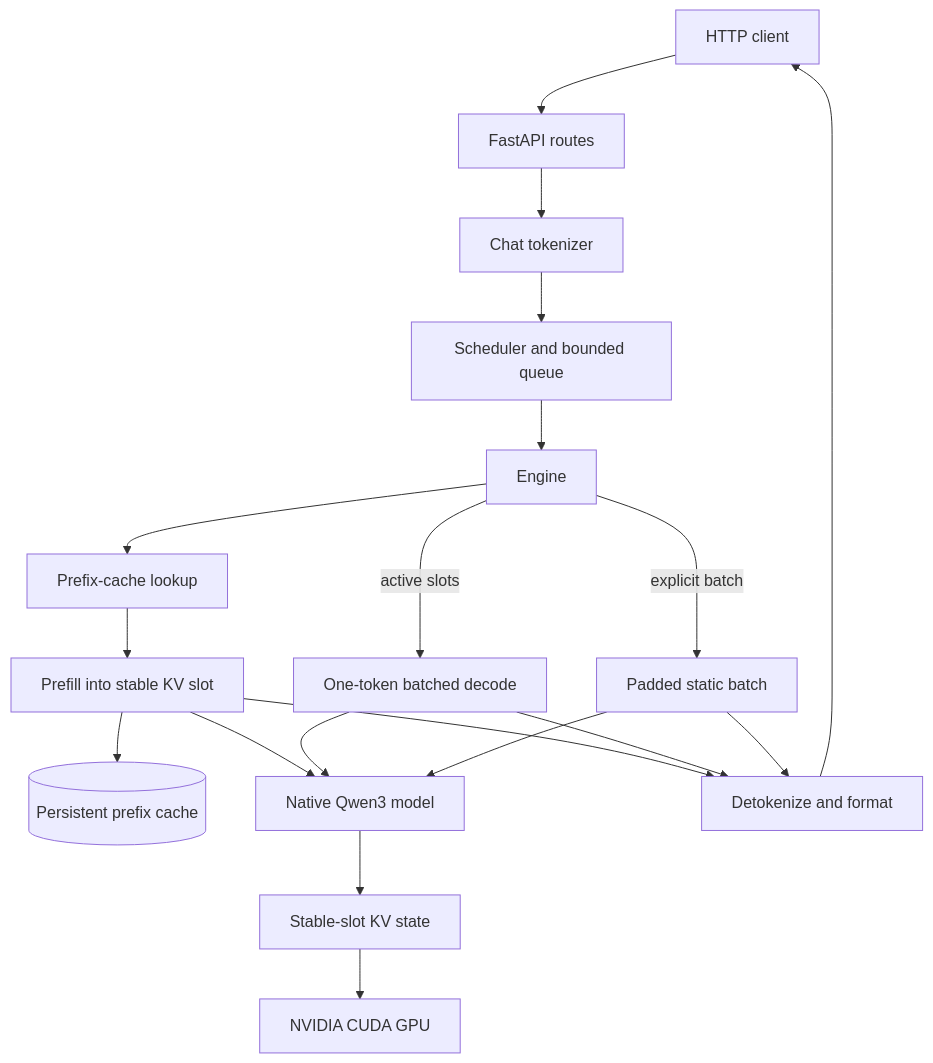
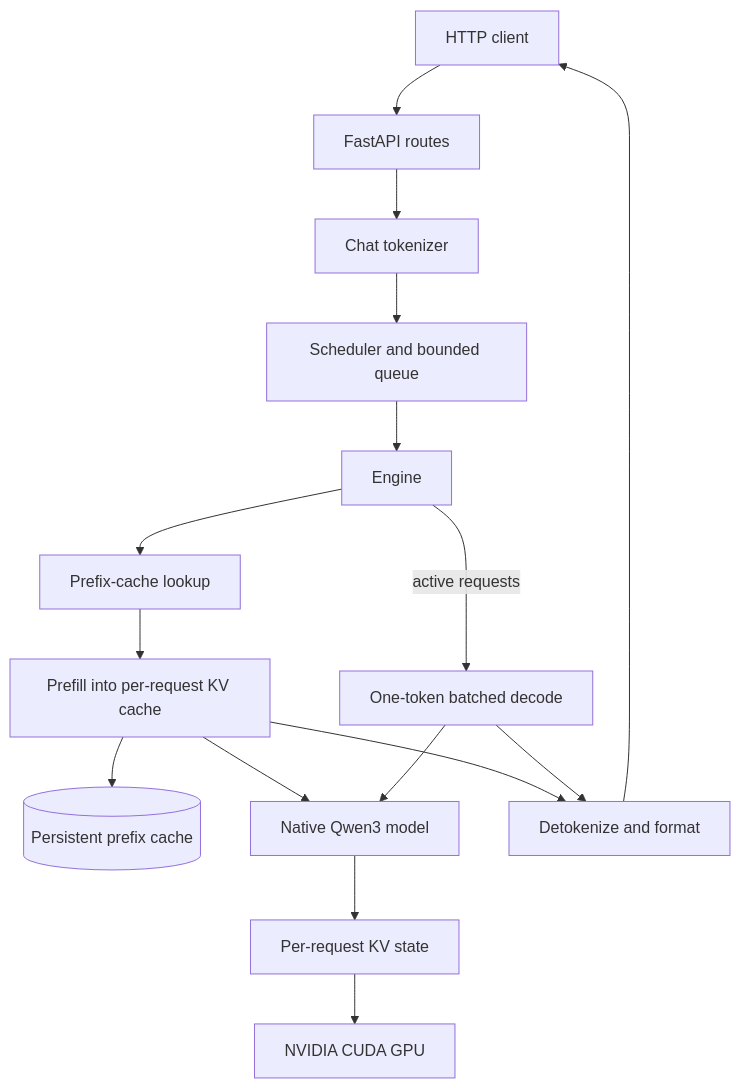
The second of 2 diagrams in README.md (DanielUgoAli/helios), drawn with Mermaid before and after one commit. The commit also changed other lines of this file, not shown here.

````diff
--- a/README.md
+++ b/README.md
@@ -142,25 +159,22 @@
 ```mermaid
 flowchart TD
     C[HTTP client] --> A[FastAPI routes]
     A --> T[Chat tokenizer]
     T --> Q[Scheduler and bounded queue]
     Q --> E[Engine]
 
     E --> P[Prefix-cache lookup]
-    P --> G[Prefill into stable KV slot]
+    P --> G[Prefill into per-request KV cache]
     G --> PC[(Persistent prefix cache)]
 
-    E -->|active slots| BG[One-token batched decode]
-    E -->|explicit batch| SB[Padded static batch]
+    E -->|active requests| BG[One-token batched decode]
 
     G --> M[Native Qwen3 model]
     BG --> M
-    SB --> M
-    M --> K[Stable-slot KV state]
+    M --> K[Per-request KV state]
     K --> GPU[NVIDIA CUDA GPU]
 
     G --> O[Detokenize and format]
     BG --> O
-    SB --> O
     O --> C
 ```
````
